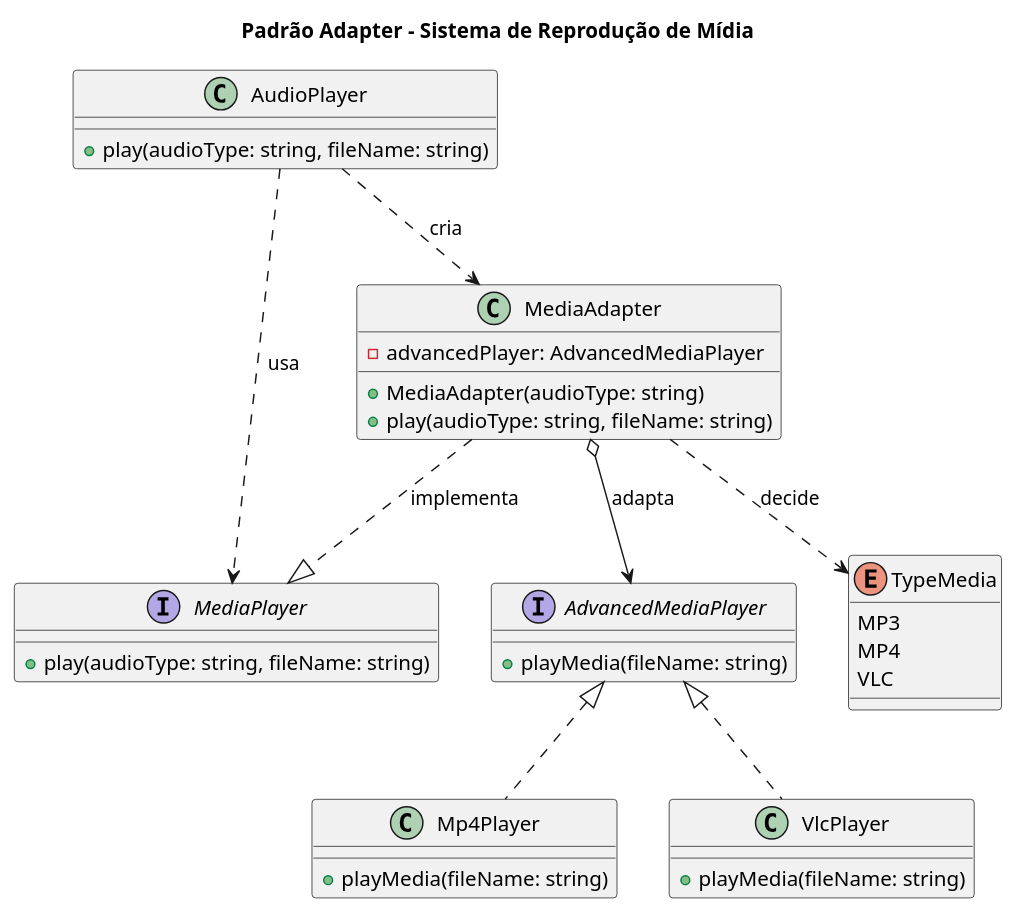
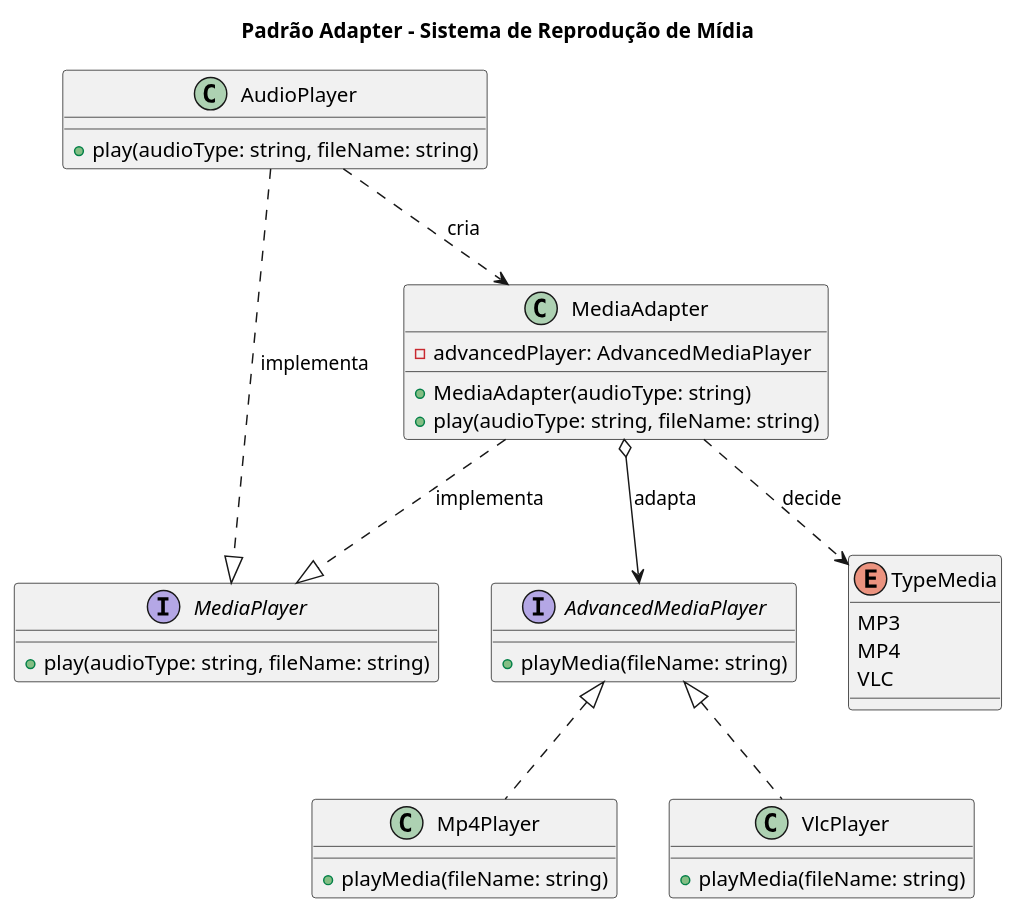
One commit to thayronFeitosa/GOF changed the diagram in Adapter/diagrama.plantuml. Above: the diagram before and after it, drawn with PlantUML.

Commit message:
feat: melhorando o diagrama

```diff
--- a/Adapter/diagrama.plantuml
+++ b/Adapter/diagrama.plantuml
@@ -1,52 +1,52 @@
 @startuml
 title Padrão Adapter - Sistema de Reprodução de Mídia
 
 ' ===== INTERFACES =====
 interface MediaPlayer {
   + play(audioType: string, fileName: string)
 }
 
 interface AdvancedMediaPlayer {
   + playMedia(fileName: string)
 }
 
 ' ===== CLIENT =====
 class AudioPlayer {
   + play(audioType: string, fileName: string)
 }
 
 ' ===== ADAPTER =====
 class MediaAdapter {
   - advancedPlayer: AdvancedMediaPlayer
   + MediaAdapter(audioType: string)
   + play(audioType: string, fileName: string)
 }
 
 ' ===== ADAPTEES =====
 class Mp4Player {
   + playMedia(fileName: string)
 }
 
 class VlcPlayer {
   + playMedia(fileName: string)
 }
 
 ' ===== ENUM =====
 enum TypeMedia {
   MP3
   MP4
   VLC
 }
 
 ' ===== RELACIONAMENTOS =====
-AudioPlayer ..> MediaPlayer : usa
+AudioPlayer ..|> MediaPlayer : implementa
 MediaAdapter ..|> MediaPlayer : implementa
 
 MediaAdapter o--> AdvancedMediaPlayer : adapta
 AdvancedMediaPlayer <|.. Mp4Player
 AdvancedMediaPlayer <|.. VlcPlayer
 
 AudioPlayer ..> MediaAdapter : cria
 MediaAdapter ..> TypeMedia : decide
 
 @enduml
```
